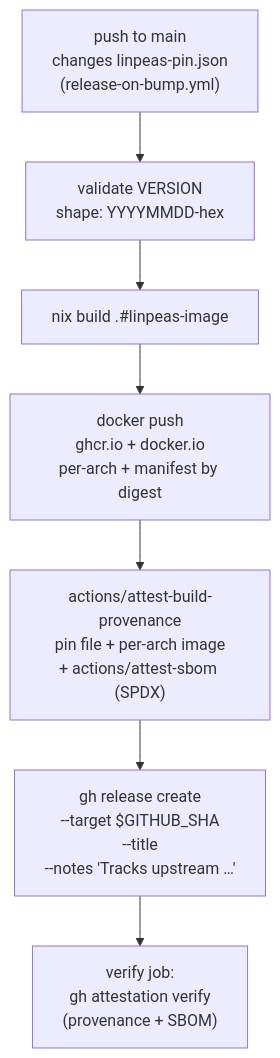
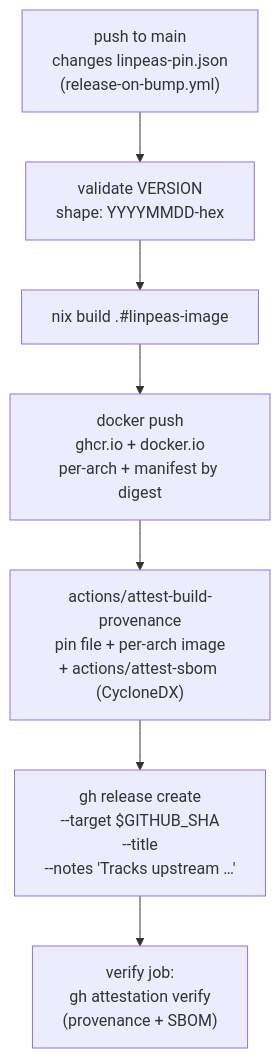
Before and after one commit to rvenutolo/linPEAS-flake: the second of 3 diagrams in docs/architecture/auto-update.md, drawn with Mermaid. The commit also changed 2 other files, not shown here.

Commit message:
docs: correct credential and SBOM references vs workflows
Four cross-checks against the actual workflows:

- SECURITY.md listed three BUMP_APP_PRIVATE_KEY consumers; release-on-bump.yml
  also mints an App token, so it is a fourth consumer of the App key.
- dockerhub-recovery.md said DOCKERHUB_TOKEN_RW is used by
  verify-latest-release.yml, which holds no such secret (that job is
  deliberately zero-write); only release-on-bump.yml consumes it.
- dockerhub-recovery.md said force-republish makes the release job skip
  the tag-exists guard; it re-runs the image/manifest/verify jobs while
  the release job stays tag-exists-gated and preserves existing assets.
- auto-update.md labelled the SBOM attestation SPDX; the pipeline emits
  CycloneDX.

Claude-Session: https://claude.ai/code/session_01VzRpCpEJvaLbTdxh3LB8JA

````diff
--- a/docs/architecture/auto-update.md
+++ b/docs/architecture/auto-update.md
@@ -28,14 +28,14 @@
 ```mermaid
 flowchart TD
   trigger["push to main<br/>changes linpeas-pin.json<br/>(release-on-bump.yml)"]
   validate["validate VERSION<br/>shape: YYYYMMDD-hex"]
   build_image["nix build .#linpeas-image"]
   push_image["docker push<br/>ghcr.io + docker.io<br/>per-arch + manifest by digest"]
-  attest["actions/attest-build-provenance<br/>pin file + per-arch image<br/>+ actions/attest-sbom (SPDX)"]
+  attest["actions/attest-build-provenance<br/>pin file + per-arch image<br/>+ actions/attest-sbom (CycloneDX)"]
   release["gh release create <tag><br/>--target $GITHUB_SHA<br/>--title <tag><br/>--notes 'Tracks upstream …'"]
   verify["verify job:<br/>gh attestation verify<br/>(provenance + SBOM)"]
 
   trigger --> validate --> build_image --> push_image
   push_image --> attest
   attest --> release --> verify
 ```
````
